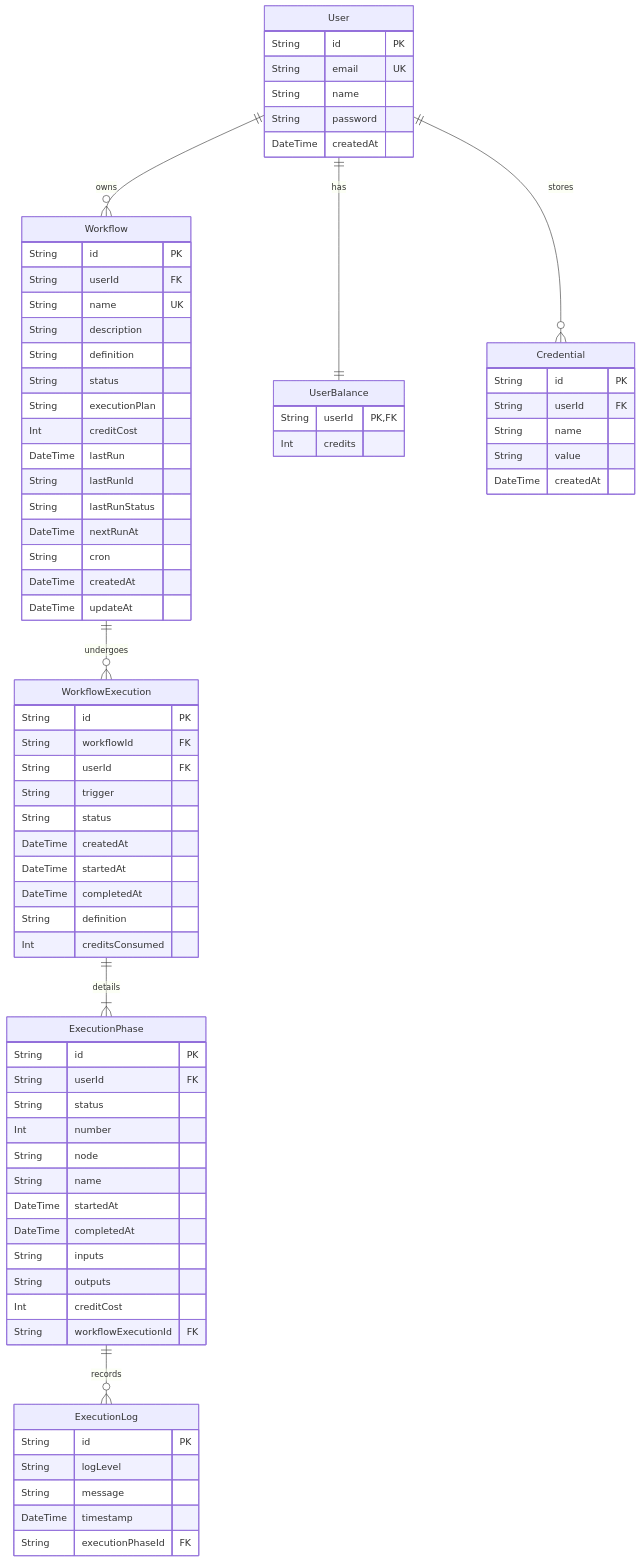
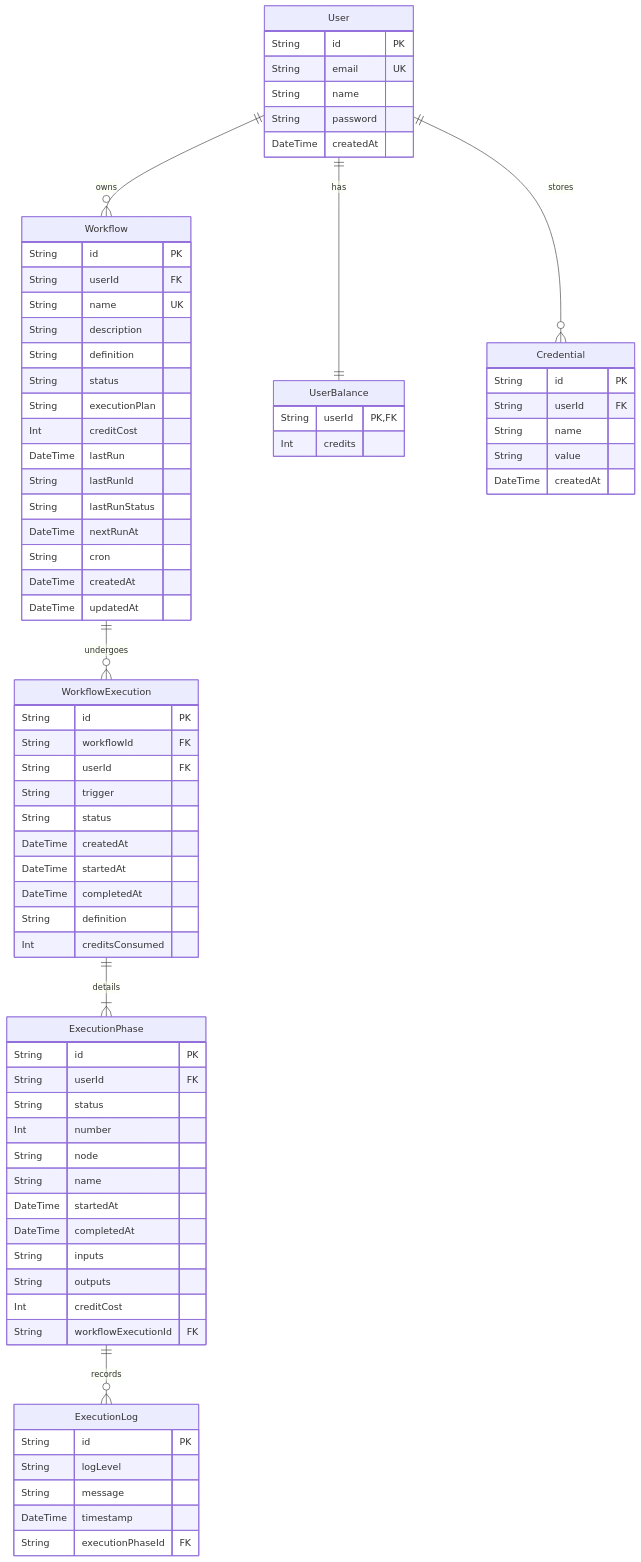
One commit to rishab2211/AI-Powered-No-Code-Web-Scraping-Automation-tool changed the diagram in DOCUMENTATION.md. Above: the diagram before and after it, drawn with Mermaid. The commit also changed 4 other files, not shown here.

Commit message:
refactor(database): correct schema timestamp naming and exclude local database binaries

```diff
--- a/DOCUMENTATION.md
+++ b/DOCUMENTATION.md
@@ -332,7 +332,7 @@
         DateTime nextRunAt
         String cron
         DateTime createdAt
-        DateTime updateAt
+        DateTime updatedAt
     }
 
     WorkflowExecution {
```
